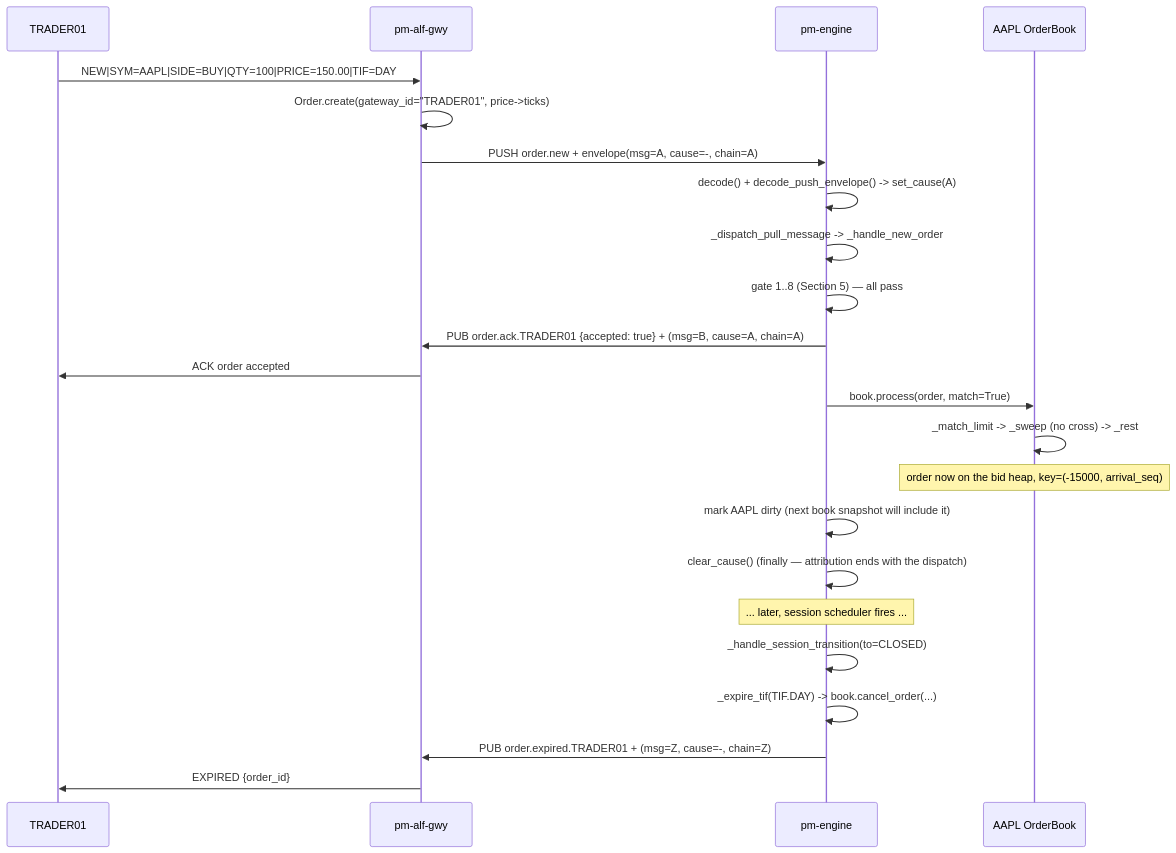
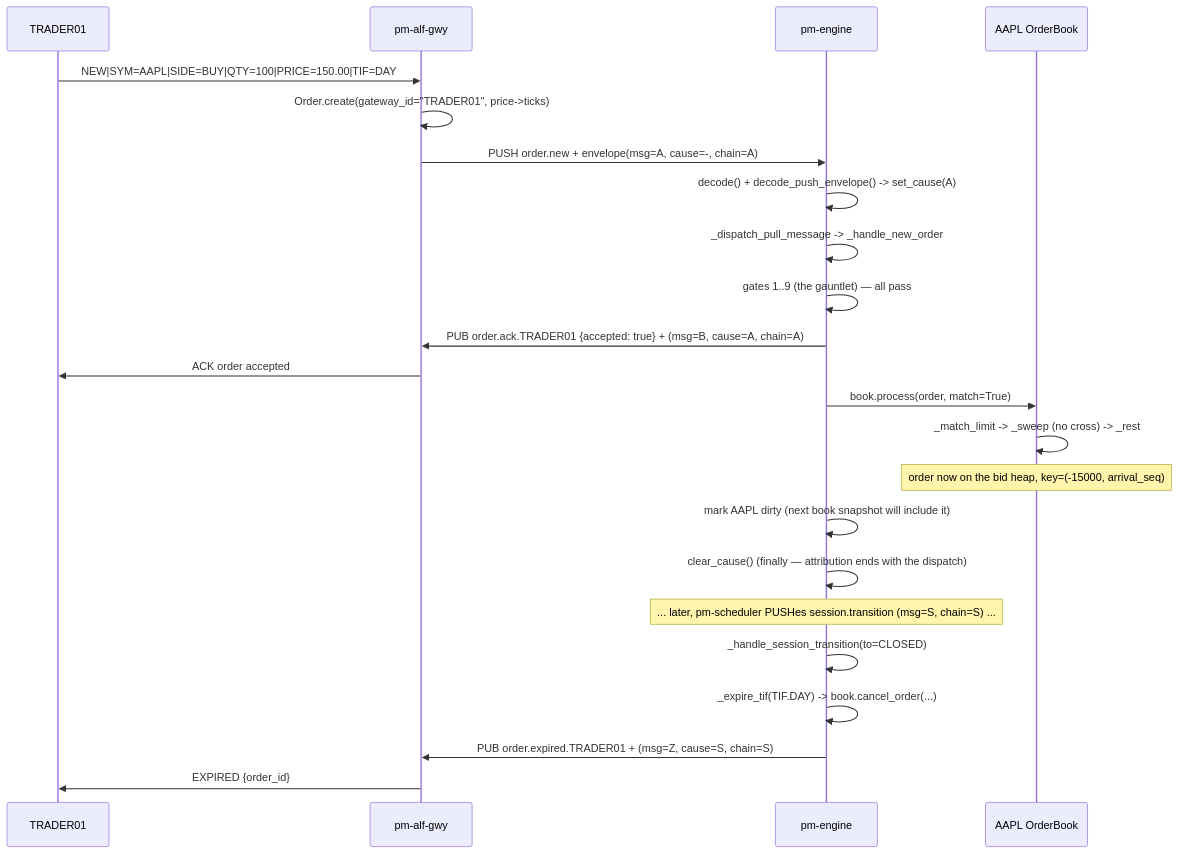
One commit to johan162/EduMatcher changed the seventh of 7 diagrams in docs/books/architecture-and-development/part-2-inside-the-engine/020-order-flow-end-to-end.md. Above: the diagram before and after it, drawn with Mermaid. The commit also changed other lines of this file and 247 other files, not shown here.

````diff
--- a/docs/books/architecture-and-development/part-2-inside-the-engine/020-order-flow-end-to-end.md
+++ b/docs/books/architecture-and-development/part-2-inside-the-engine/020-order-flow-end-to-end.md
@@ -835,28 +858,28 @@
 ```mermaid
 sequenceDiagram
     participant T as TRADER01
     participant GW as pm-alf-gwy
     participant E as pm-engine
     participant B as AAPL OrderBook
 
     T->>GW: NEW|SYM=AAPL|SIDE=BUY|QTY=100|PRICE=150.00|TIF=DAY
     GW->>GW: Order.create(gateway_id="TRADER01", price->ticks)
     GW->>E: PUSH  order.new  + envelope(msg=A, cause=-, chain=A)
     E->>E: decode() + decode_push_envelope() -> set_cause(A)
     E->>E: _dispatch_pull_message -> _handle_new_order
-    E->>E: gate 1..8 (Section 5) — all pass
+    E->>E: gates 1..9 (the gauntlet) — all pass
     E->>GW: PUB  order.ack.TRADER01  {accepted: true}  + (msg=B, cause=A, chain=A)
     GW->>T: ACK  order accepted
     E->>B: book.process(order, match=True)
     B->>B: _match_limit -> _sweep (no cross) -> _rest
     Note over B: order now on the bid heap, key=(-15000, arrival_seq)
     E->>E: mark AAPL dirty (next book snapshot will include it)
 
     E->>E: clear_cause()  (finally — attribution ends with the dispatch)
 
-    Note over E: ... later, session scheduler fires ...
+    Note over E: ... later, pm-scheduler PUSHes session.transition (msg=S, chain=S) ...
     E->>E: _handle_session_transition(to=CLOSED)
     E->>E: _expire_tif(TIF.DAY) -> book.cancel_order(...)
-    E->>GW: PUB  order.expired.TRADER01  + (msg=Z, cause=-, chain=Z)
+    E->>GW: PUB  order.expired.TRADER01  + (msg=Z, cause=S, chain=S)
     GW->>T: EXPIRED  {order_id}
 ```
````
